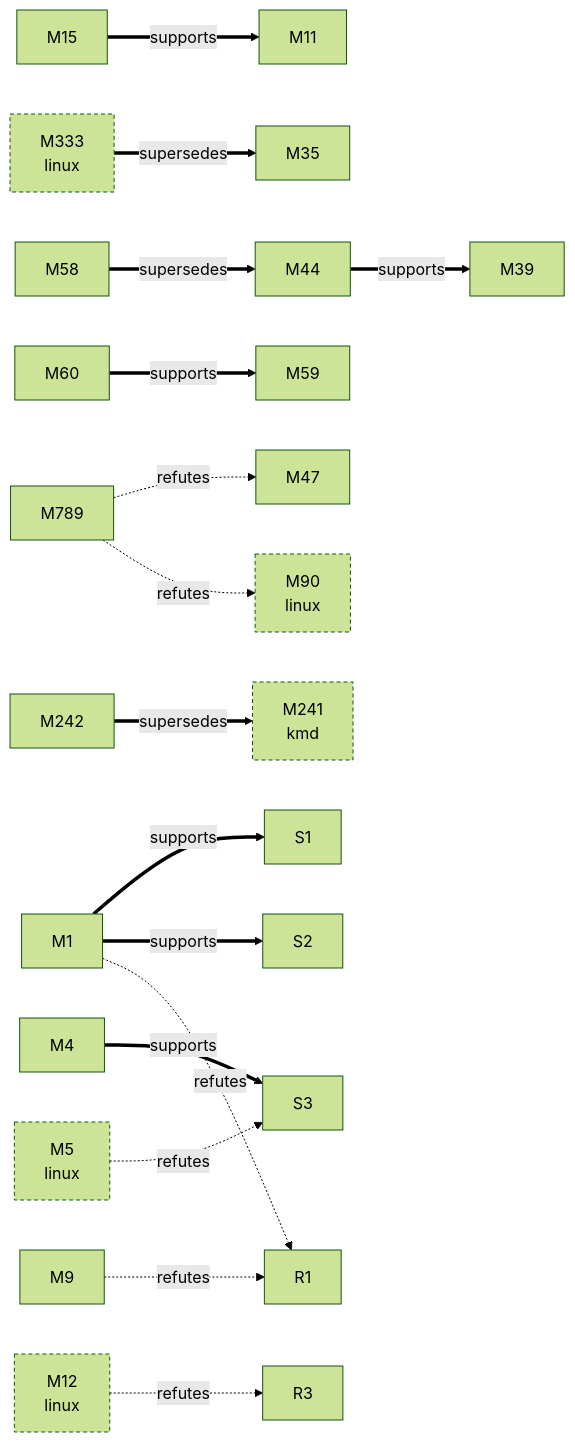
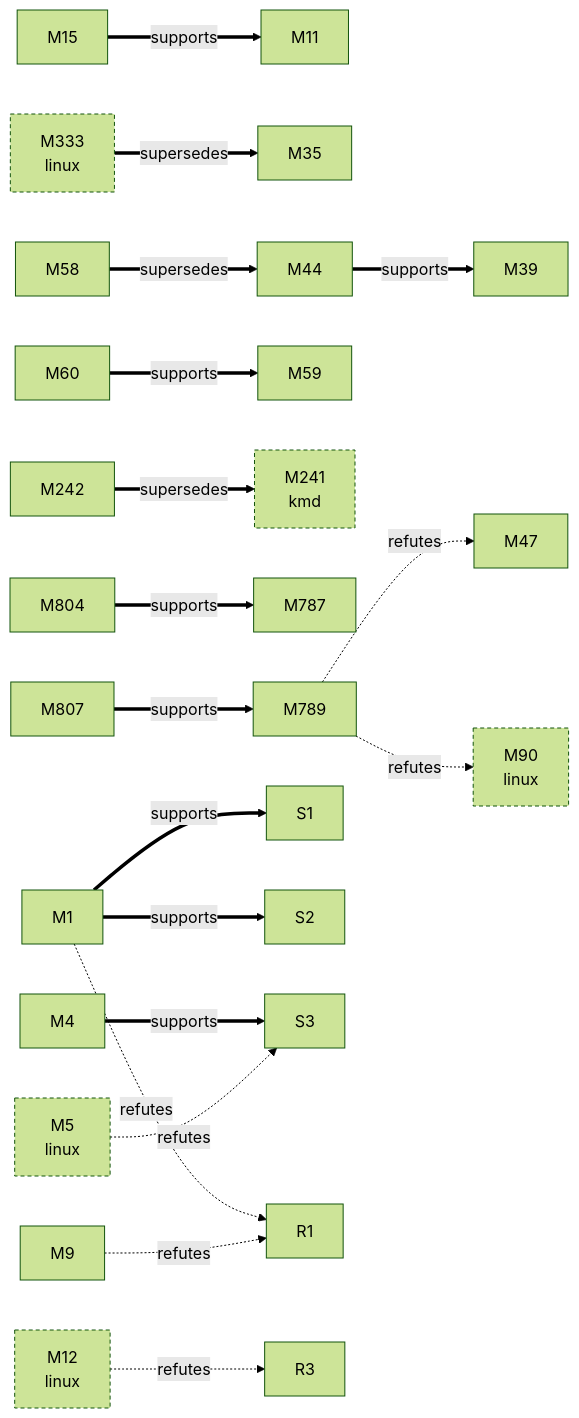
One commit to D-Ogi/amdgpu-wddm changed the first of 2 diagrams in docs/facts/graphs/hardware.md. Above: the diagram before and after it, drawn with Mermaid (forest theme). The commit also changed other lines of this file and 161 other files, not shown here.

````diff
--- a/docs/facts/graphs/hardware.md
+++ b/docs/facts/graphs/hardware.md
@@ -9,44 +9,49 @@
 ```mermaid
 flowchart LR
   M1["M1"]
   M4["M4"]
   M5["M5<br/>linux"]
   M9["M9"]
   M11["M11"]
   M12["M12<br/>linux"]
   M15["M15"]
   M35["M35"]
   M39["M39"]
   M44["M44"]
   M47["M47"]
   M58["M58"]
   M59["M59"]
   M60["M60"]
   M90["M90<br/>linux"]
   M241["M241<br/>kmd"]
   M242["M242"]
   M333["M333<br/>linux"]
+  M787["M787"]
   M789["M789"]
+  M804["M804"]
+  M807["M807"]
   S1["S1"]
   S2["S2"]
   S3["S3"]
   R1["R1"]
   R3["R3"]
   M1 ==>|supports| S1
   M1 ==>|supports| S2
   M1 -.->|refutes| R1
   M4 ==>|supports| S3
   M9 -.->|refutes| R1
   M15 ==>|supports| M11
   M44 ==>|supports| M39
   M58 ==>|supersedes| M44
   M60 ==>|supports| M59
   M242 ==>|supersedes| M241
   M789 -.->|refutes| M47
   M789 -.->|refutes| M90
+  M804 ==>|supports| M787
+  M807 ==>|supports| M789
   M5 -.->|refutes| S3
   M12 -.->|refutes| R3
   M333 ==>|supersedes| M35
   classDef other stroke-dasharray:4 3
   class M5,M12,M90,M241,M333 other
 ```
````
